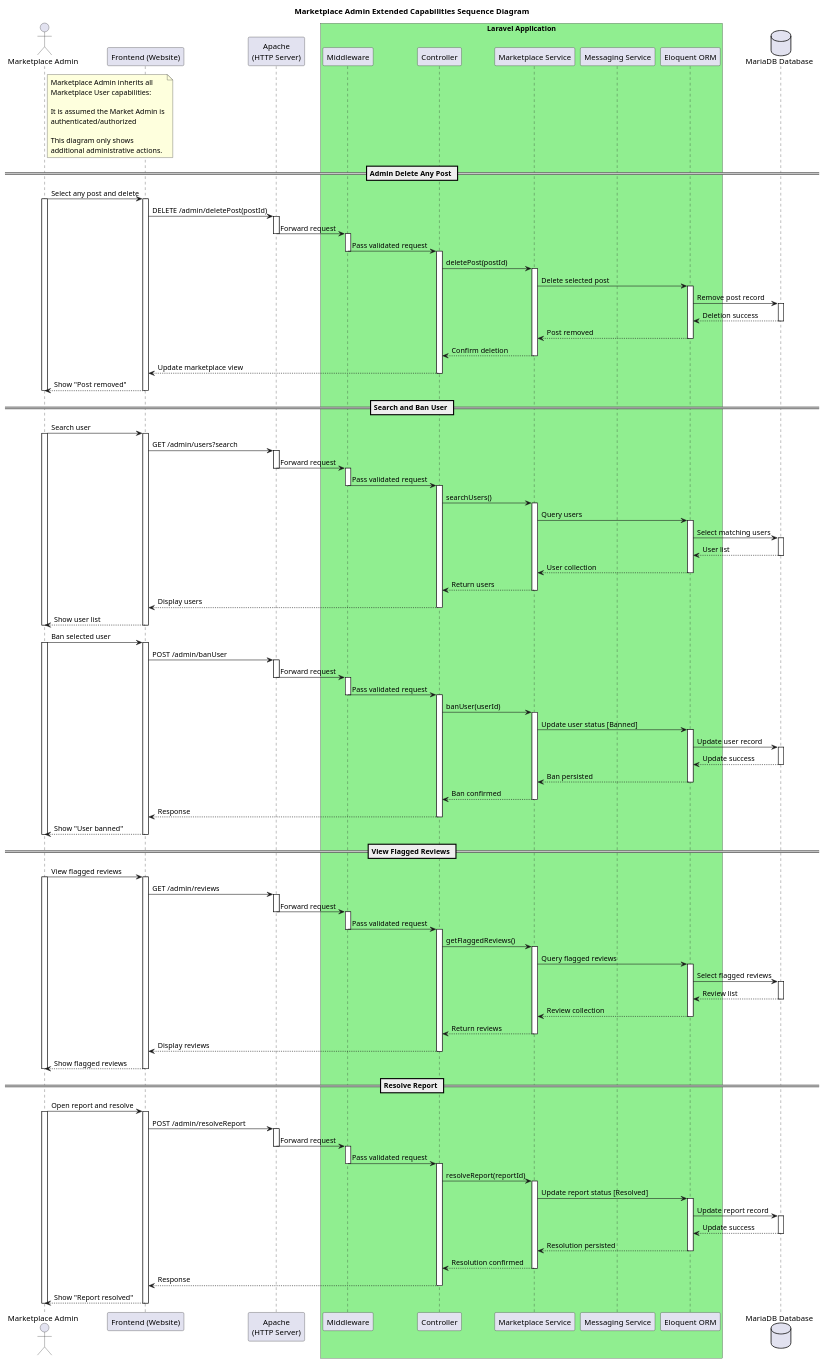
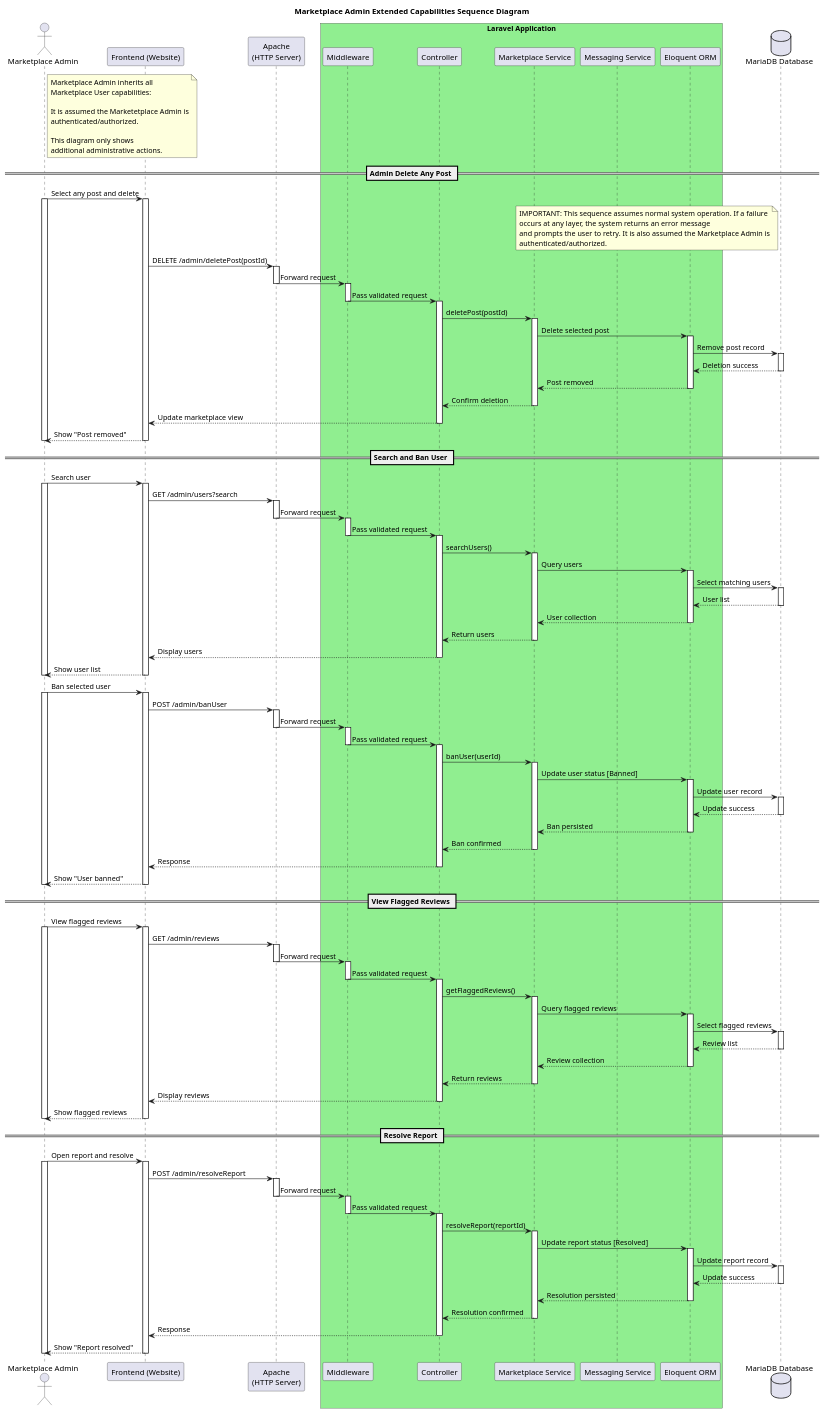
The diagram in sequenceDiagrams/Marketplace_Admin_Sequence_Diagram.puml (JanPerez35/PlantUML), drawn with PlantUML before and after one commit. The commit also changed 19 other files, not shown here.

Commit message:
Sequence Fixed

```diff
--- a/sequenceDiagrams/Marketplace_Admin_Sequence_Diagram.puml
+++ b/sequenceDiagrams/Marketplace_Admin_Sequence_Diagram.puml
@@ -8,8 +8,8 @@
 Marketplace Admin inherits all
 Marketplace User capabilities:
 
-It is assumed the Market Admin is
-authenticated/authorized
+It is assumed the Marketetplace Admin is
+authenticated/authorized.
 
 This diagram only shows
 additional administrative actions.
@@ -32,7 +32,12 @@
 Admin -> FE: Select any post and delete
 activate Admin
 activate FE
-
+note left of DB
+IMPORTANT: This sequence assumes normal system operation. If a failure
+occurs at any layer, the system returns an error message
+and prompts the user to retry. It is also assumed the Marketplace Admin is
+authenticated/authorized.
+end note
 FE -> Apache: DELETE /admin/deletePost(postId)
 activate Apache
 Apache -> MW: Forward request
```
